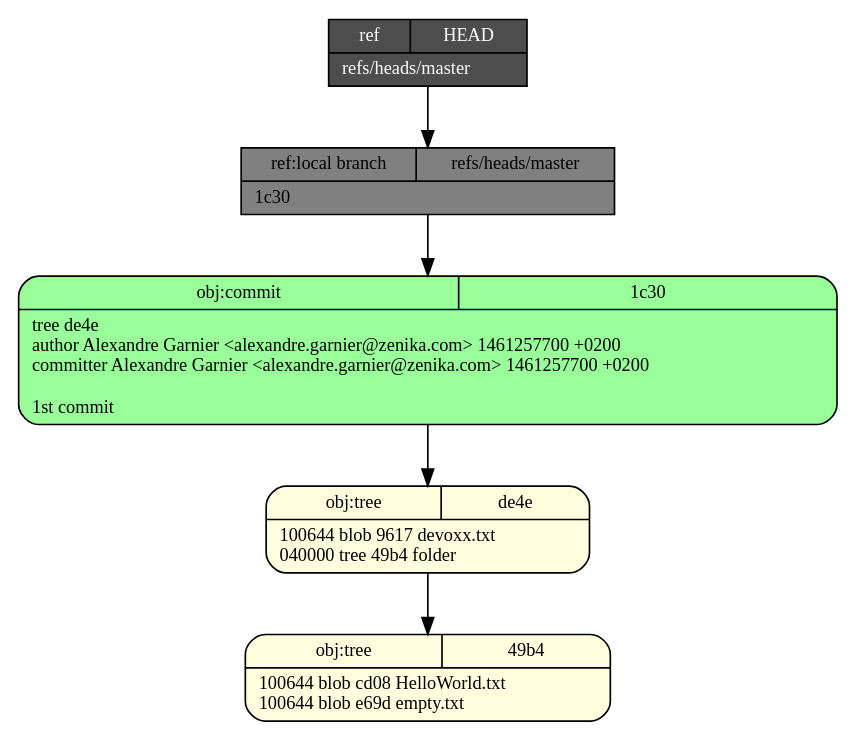
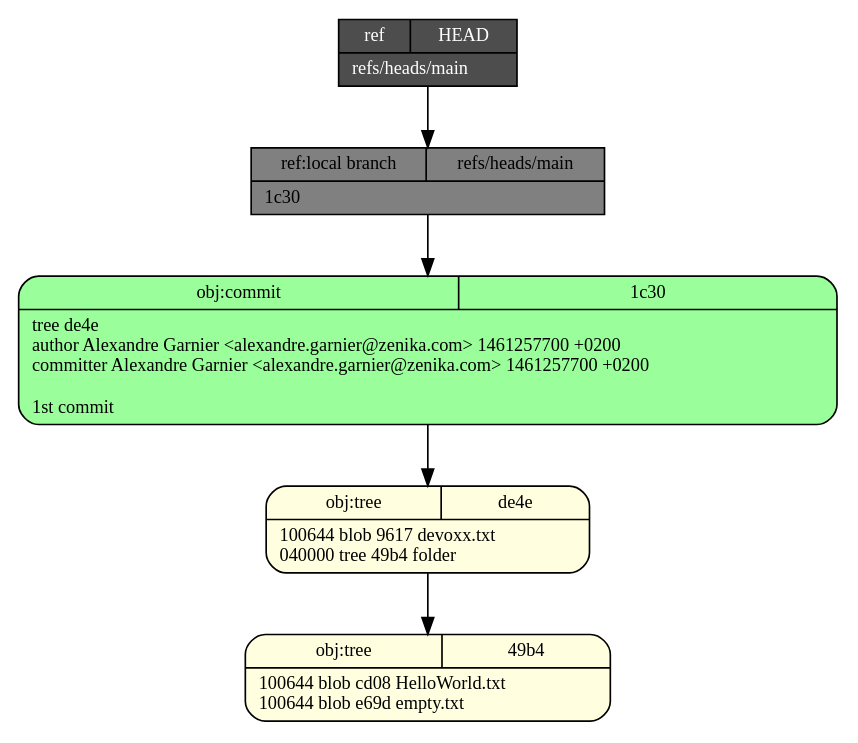
Before and after one commit to zigarn/git-internals: the diagram in tree.dot, drawn with Graphviz. The commit also changed 6 other files, not shown here.

Commit message:
Switch from 'master' to 'main'

```diff
--- a/tree.dot
+++ b/tree.dot
@@ -1,13 +1,13 @@
 digraph structs {
   node [shape=record,fontsize=11];
   rankdir="TB";
   _1c30 [fillcolor="palegreen1", style="filled,rounded", label="{{obj:commit|1c30}|tree\ de4e\lauthor\ Alexandre\ Garnier\ \<alexandre\.garnier\@zenika\.com\>\ 1461257700\ \+0200\lcommitter\ Alexandre\ Garnier\ \<alexandre\.garnier\@zenika\.com\>\ 1461257700\ \+0200\l\l1st\ commit\l}"]
   _1c30 -> _de4e
   _de4e [fillcolor="lightyellow", style="filled,rounded", label="{{obj:tree|de4e}|100644\ blob\ 9617\	devoxx\.txt\l040000\ tree\ 49b4\	folder\l}"]
   _de4e -> _49b4
   _49b4 [fillcolor="lightyellow", style="filled,rounded", label="{{obj:tree|49b4}|100644\ blob\ cd08\	HelloWorld\.txt\l100644\ blob\ e69d\	empty\.txt\l}"]
-  _refs___heads___master [style=filled, fillcolor=gray,  label="{{ref:local branch|refs\/heads\/master}|1c30\l}"]
-  _refs___heads___master -> _1c30
-  _HEAD [style=filled, fillcolor=gray30, fontcolor=white,  label="{{ref|HEAD}|refs\/heads\/master\l}"]
-  _HEAD -> _refs___heads___master
+  _refs___heads___main [style=filled, fillcolor=gray,  label="{{ref:local branch|refs\/heads\/main}|1c30\l}"]
+  _refs___heads___main -> _1c30
+  _HEAD [style=filled, fillcolor=gray30, fontcolor=white,  label="{{ref|HEAD}|refs\/heads\/main\l}"]
+  _HEAD -> _refs___heads___main
 }
```
